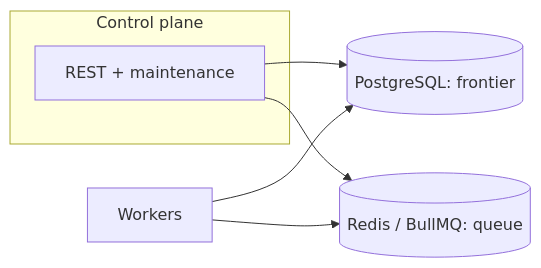
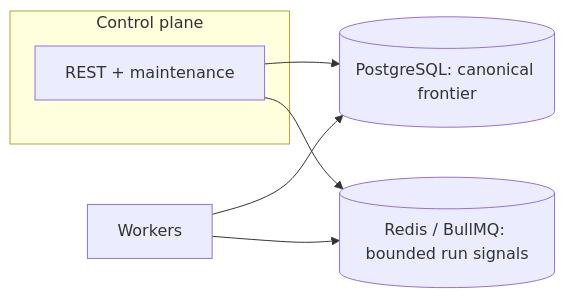
One commit to samuelhajnik/distributed-web-crawler changed the diagram in README.md. Above: the diagram before and after it, drawn with Mermaid. The commit also changed other lines of this file and 46 other files, not shown here.

````diff
--- a/README.md
+++ b/README.md
@@ -11,14 +13,14 @@
 ```mermaid
 flowchart LR
   subgraph CP[Control plane]
     API[REST + maintenance]
   end
-  PG[(PostgreSQL: frontier)]
-  RD[(Redis / BullMQ: queue)]
+  PG[(PostgreSQL: canonical frontier)]
+  RD[(Redis / BullMQ: bounded run signals)]
   W[Workers]
 
   API --> PG
   API --> RD
   W --> RD
   W --> PG
 ```
````
